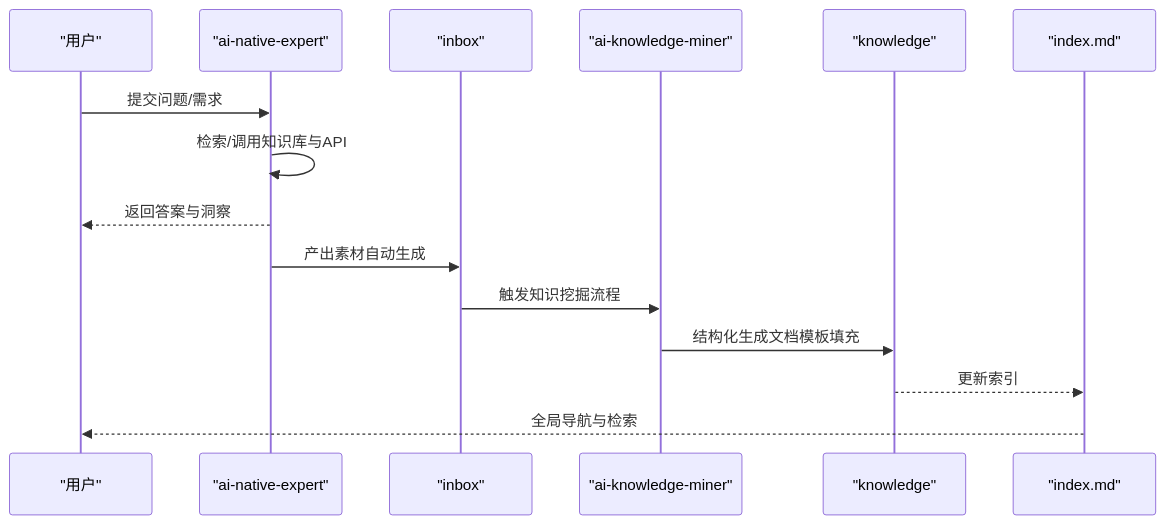
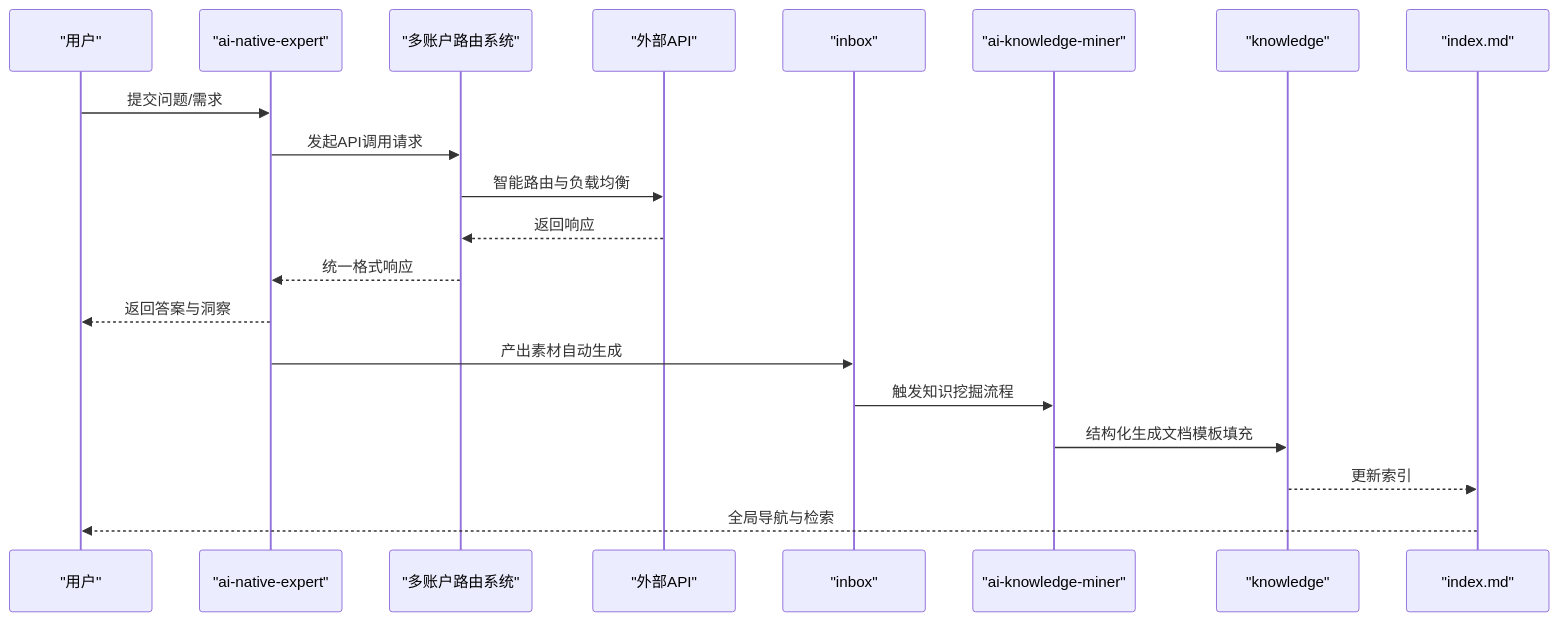
The second of 4 diagrams in .qoder/repowiki/zh/content/项目概述.md (EthanNiWorld/AI-Native-SA-2026), drawn with Mermaid before and after one commit. The commit also changed other lines of this file and 7 other files, not shown here.

````diff
--- a/.qoder/repowiki/zh/content/项目概述.md
+++ b/.qoder/repowiki/zh/content/项目概述.md
@@ -94,17 +119,22 @@
 ```mermaid
 sequenceDiagram
 participant U as "用户"
 participant Expert as "ai-native-expert"
+participant Router as "多账户路由系统"
+participant API as "外部API"
 participant Inbox as "inbox"
 participant Miner as "ai-knowledge-miner"
 participant KB as "knowledge"
 participant IDX as "index.md"
 U->>Expert : 提交问题/需求
-Expert->>Expert : 检索/调用知识库与API
+Expert->>Router : 发起API调用请求
+Router->>API : 智能路由与负载均衡
+API-->>Router : 返回响应
+Router-->>Expert : 统一格式响应
 Expert-->>U : 返回答案与洞察
 Expert->>Inbox : 产出素材自动生成
 Inbox->>Miner : 触发知识挖掘流程
 Miner->>KB : 结构化生成文档模板填充
 KB-->>IDX : 更新索引
 IDX-->>U : 全局导航与检索
 ```
````
